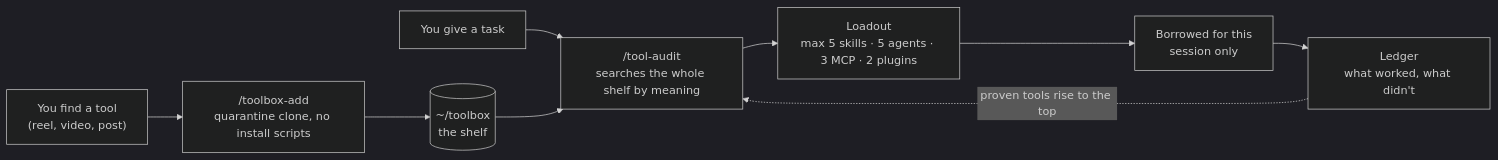
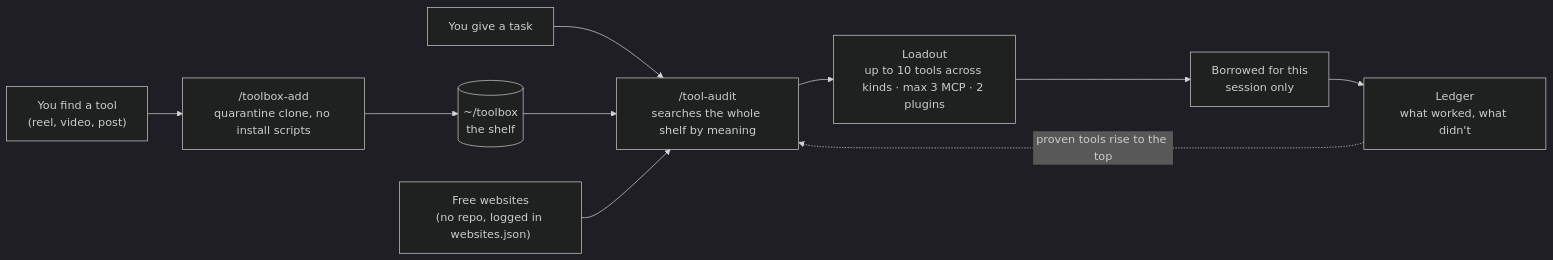
Before and after one commit to nonstopmatt/agent-toolbox: the diagram in README.md, drawn with Mermaid (dark theme). The commit also changed other lines of this file and 13 other files, not shown here.

First line of the commit message:
toolbox: websites knowledge base, loadouts of up to 10 tools

````diff
--- a/README.md
+++ b/README.md
@@ -54,11 +54,12 @@
 ```mermaid
 flowchart LR
     A["You find a tool<br>(reel, video, post)"] --> B["/toolbox-add<br>quarantine clone, no install scripts"]
     B --> C[("~/toolbox<br>the shelf")]
     D["You give a task"] --> E["/tool-audit<br>searches the whole shelf by meaning"]
     C --> E
-    E --> F["Loadout<br>max 5 skills · 5 agents · 3 MCP · 2 plugins"]
+    W["Free websites<br>(no repo, logged in websites.json)"] --> E
+    E --> F["Loadout<br>up to 10 tools across kinds · max 3 MCP · 2 plugins"]
     F --> G["Borrowed for this<br>session only"]
     G --> H["Ledger<br>what worked, what didn't"]
     H -. "proven tools rise to the top" .-> E
 ```
````
